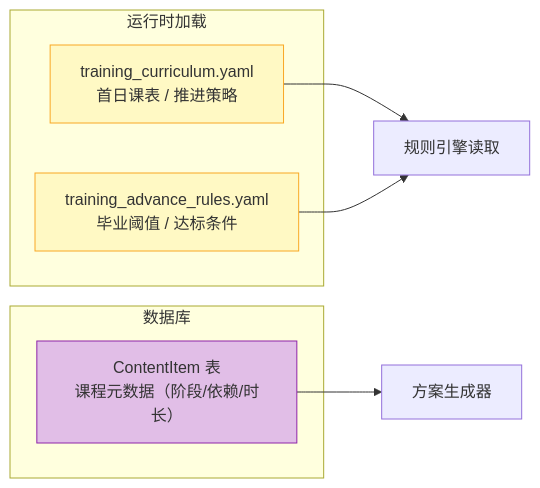
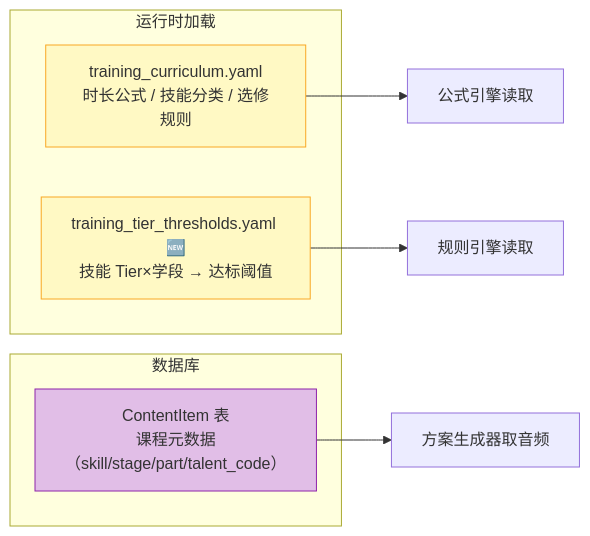
One commit to quppwork/Jnao_tianfu_daka changed the fifth of 8 diagrams in docs/体系架构设计.md. Above: the diagram before and after it, drawn with Mermaid. The commit also changed other lines of this file and 81 other files, not shown here.

````diff
--- a/docs/体系架构设计.md
+++ b/docs/体系架构设计.md
@@ -190,19 +236,19 @@
 ```mermaid
 graph LR
     subgraph 运行时加载
-        YAML["training_curriculum.yaml<br/>首日课表 / 推进策略"]
-        YAML2["training_advance_rules.yaml<br/>毕业阈值 / 达标条件"]
+        YAML1["training_curriculum.yaml<br/>时长公式 / 技能分类 / 选修规则"]
+        YAML2["training_tier_thresholds.yaml 🆕<br/>技能 Tier×学段 → 达标阈值"]
     end
 
     subgraph 数据库
-        CT["ContentItem 表<br/>课程元数据（阶段/依赖/时长）"]
+        CT["ContentItem 表<br/>课程元数据（skill/stage/part/talent_code）"]
     end
 
-    YAML --> RULES["规则引擎读取"]
-    YAML2 --> RULES
-    CT --> PLAN["方案生成器"]
+    YAML1 --> FORMULA["公式引擎读取"]
+    YAML2 --> RULES["规则引擎读取"]
+    CT --> PLAN["方案生成器取音频"]
 
-    style YAML fill:#fff9c4,stroke:#f9a825
+    style YAML1 fill:#fff9c4,stroke:#f9a825
     style YAML2 fill:#fff9c4,stroke:#f9a825
     style CT fill:#e1bee7,stroke:#8e24aa
 ```
````
